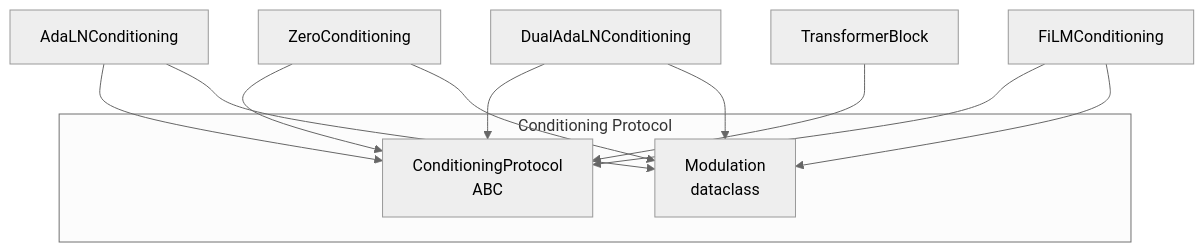
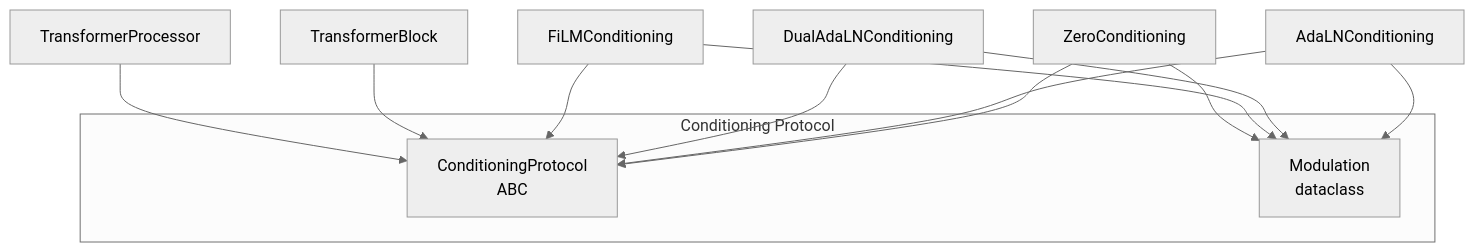
One commit to algorithmx/gnn_pde_v2 changed the fourth of 10 diagrams in docs/architecture-dependencies.md. Above: the diagram before and after it, drawn with Mermaid (neutral theme). The commit also changed other lines of this file and 10 other files, not shown here.

````diff
--- a/docs/architecture-dependencies.md
+++ b/docs/architecture-dependencies.md
@@ -201,24 +200,25 @@
 ```mermaid
 graph TB
     subgraph "Conditioning Protocol"
         PROTO[ConditioningProtocol<br/>ABC]
         MOD[Modulation<br/>dataclass]
     end
 
     ZERO[ZeroConditioning]
     ADA[AdaLNConditioning]
     DUAL[DualAdaLNConditioning]
     FILM[FiLMConditioning]
 
     ZERO --> PROTO
     ADA --> PROTO
     DUAL --> PROTO
     FILM --> PROTO
 
     ADA --> MOD
     DUAL --> MOD
     FILM --> MOD
     ZERO --> MOD
 
     TRANS_C[TransformerBlock] --> PROTO
+    TRANS_P[TransformerProcessor] --> PROTO
 ```
````
